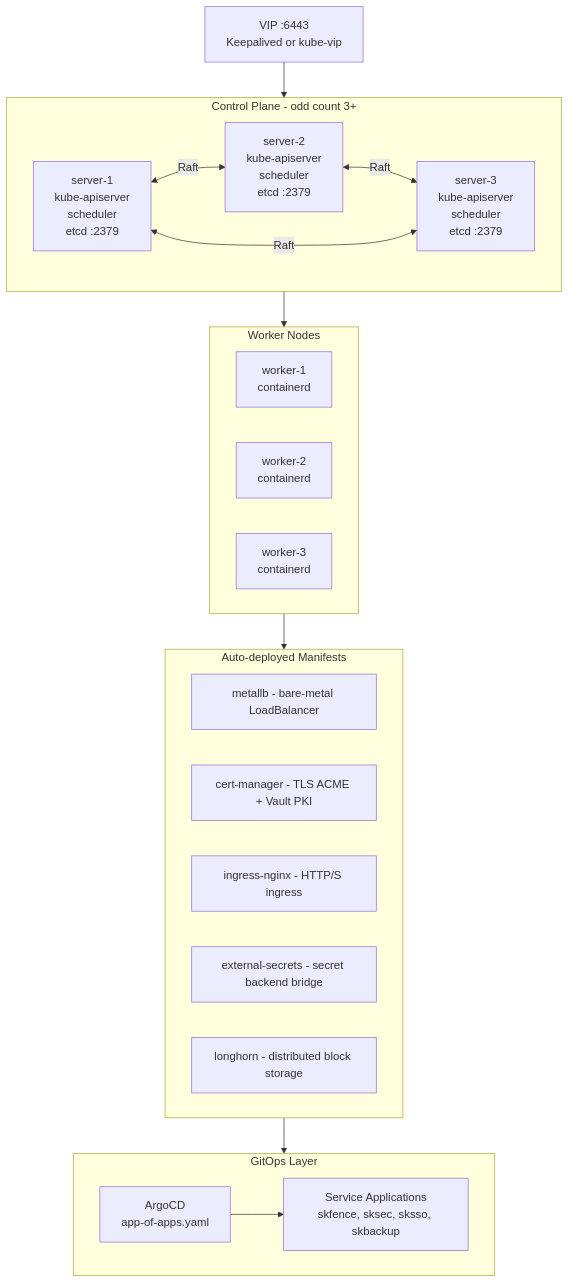
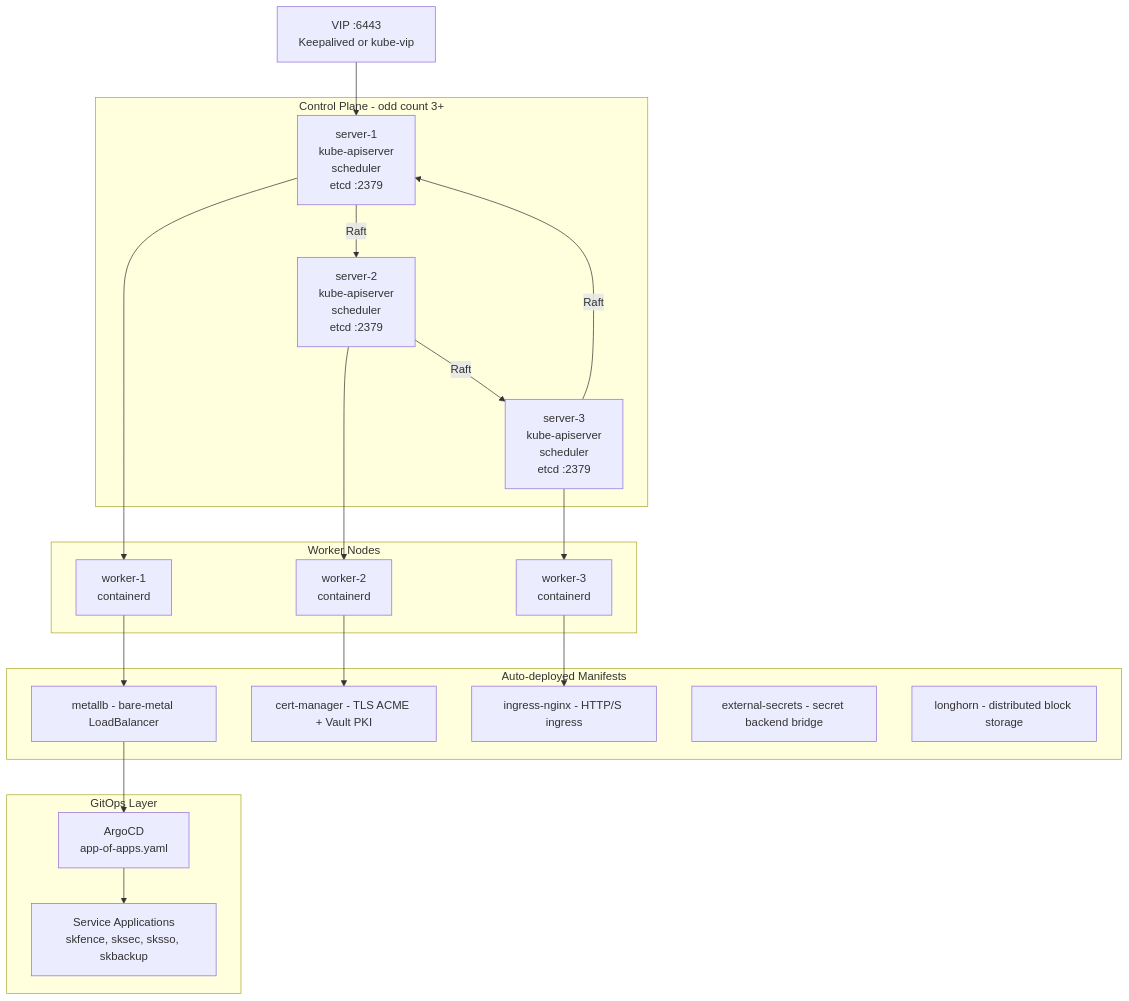
The fourth of 7 diagrams in v2/ARCHITECTURE.md (smilinTux/skstacks), drawn with Mermaid before and after one commit. The commit also changed other lines of this file, not shown here.

Commit message:
fix(docs): fix three broken flowcharts in ARCHITECTURE.md
RKE2 Platform Architecture:
- Replace <--> bidirectional edges with directed --> cycle (dagre does
  not support bidirectional edges)
- Replace subgraph-to-subgraph edges (CP-->WN, WN-->AM, AM-->GO) with
  explicit node-to-node edges (layout engine requires a concrete anchor)

CI/CD Pipeline Model:
- Replace PUSH-->CI (external node to subgraph ID) with PUSH-->BUILD
  (external node to concrete node inside subgraph)

Network Topology:
- Replace SF-->PUB and PUB-->EDGE (subgraph ID edges) with explicit
  node-level connections SF-->SSO, SF-->MON, SF-->APPS, APPS-->SKSEC

````diff
--- a/v2/ARCHITECTURE.md
+++ b/v2/ARCHITECTURE.md
@@ -182,39 +182,42 @@
 ```mermaid
 flowchart TD
+    VIP["VIP :6443\nKeepalived or kube-vip"]
+
     subgraph CP["Control Plane - odd count 3+"]
         S1["server-1\nkube-apiserver\nscheduler\netcd :2379"]
         S2["server-2\nkube-apiserver\nscheduler\netcd :2379"]
         S3["server-3\nkube-apiserver\nscheduler\netcd :2379"]
-        S1 <-->|Raft| S2
-        S2 <-->|Raft| S3
-        S3 <-->|Raft| S1
+        S1 -->|Raft| S2
+        S2 -->|Raft| S3
+        S3 -->|Raft| S1
     end
-
-    VIP["VIP :6443\nKeepalived or kube-vip"] --> CP
 
     subgraph WN["Worker Nodes"]
         W1["worker-1\ncontainerd"]
         W2["worker-2\ncontainerd"]
         W3["worker-3\ncontainerd"]
     end
-
-    CP --> WN
 
     subgraph AM["Auto-deployed Manifests"]
         metallb["metallb - bare-metal LoadBalancer"]
         certmgr["cert-manager - TLS ACME + Vault PKI"]
         nginx["ingress-nginx - HTTP/S ingress"]
         eso["external-secrets - secret backend bridge"]
         longhorn["longhorn - distributed block storage"]
     end
 
-    WN --> AM
-
     subgraph GO["GitOps Layer"]
         AR["ArgoCD\napp-of-apps.yaml"]
         APPS["Service Applications\nskfence, sksec, sksso, skbackup"]
         AR --> APPS
     end
 
-    AM --> GO
+    VIP --> S1
+    S1 --> W1
+    S2 --> W2
+    S3 --> W3
+    W1 --> metallb
+    W2 --> certmgr
+    W3 --> nginx
+    metallb --> AR
 ```
````
